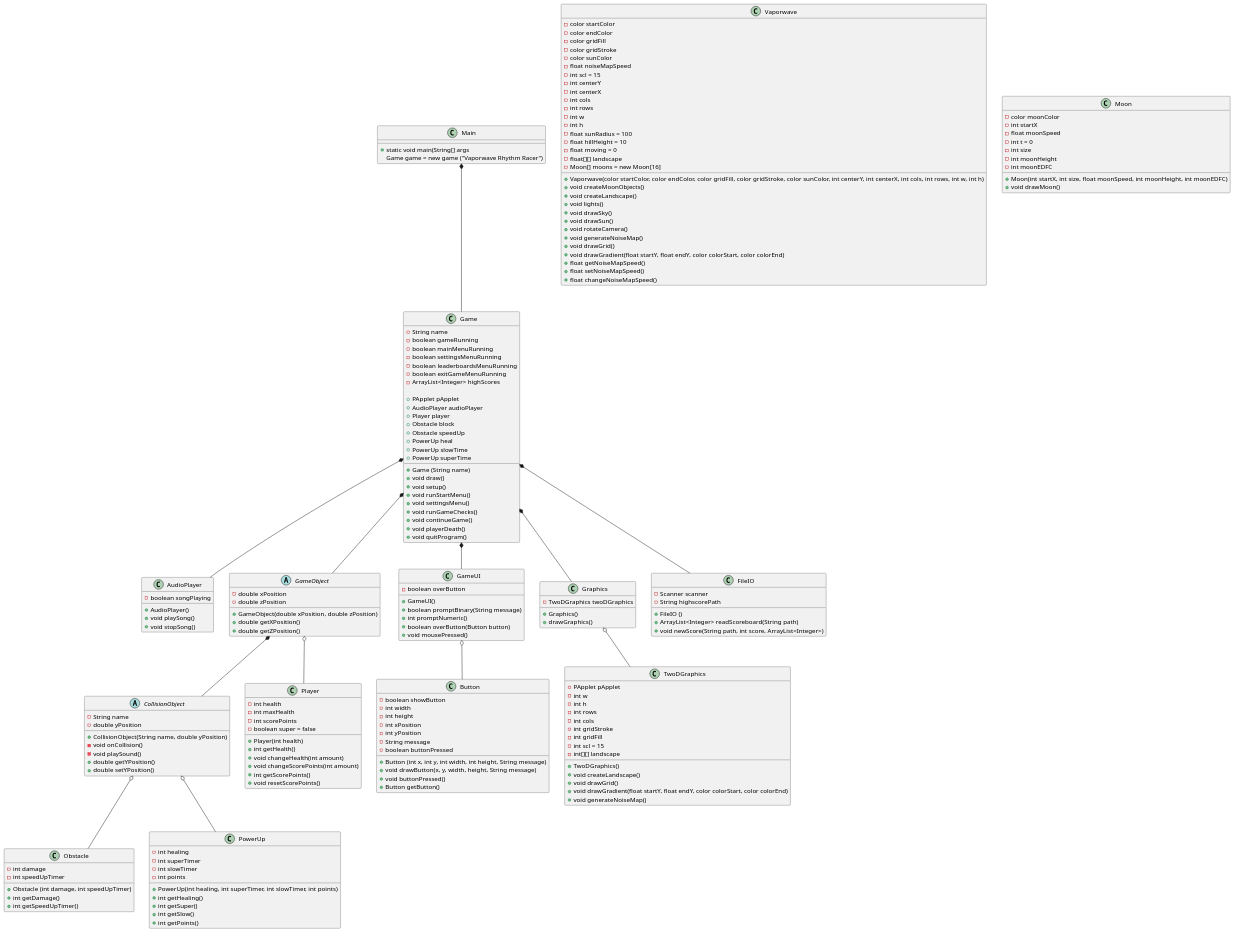
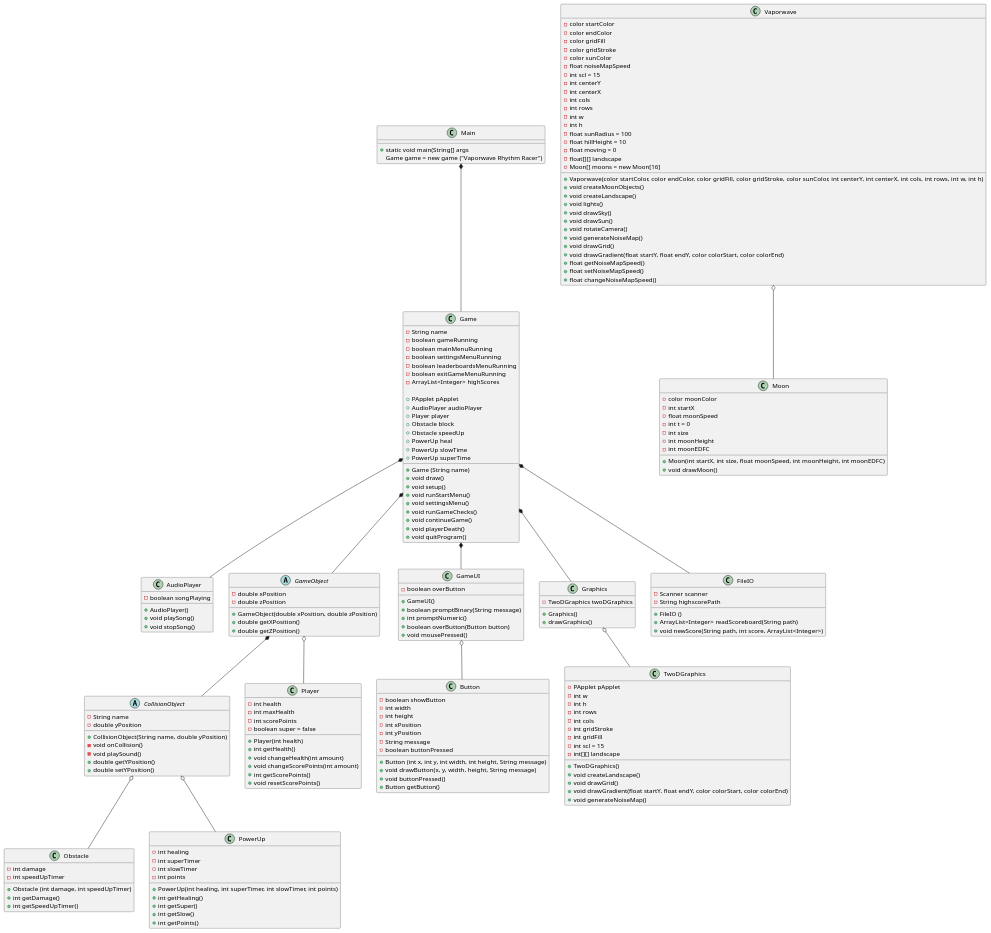
The diagram in doc/Plan/static/classdiagram.puml (Gervig/Vaporwave-Rhythm-Racer), drawn with PlantUML before and after one commit. The commit also changed 8 other files, not shown here.

```diff
--- a/doc/Plan/static/classdiagram.puml
+++ b/doc/Plan/static/classdiagram.puml
@@ -250,6 +250,6 @@
 GameUI o-- Button
 Graphics o-- TwoDGraphics
 'Graphics o-- Vaporwave
-'Vaporwave o-- Moon
+Vaporwave o-- Moon
 
 @enduml
```
